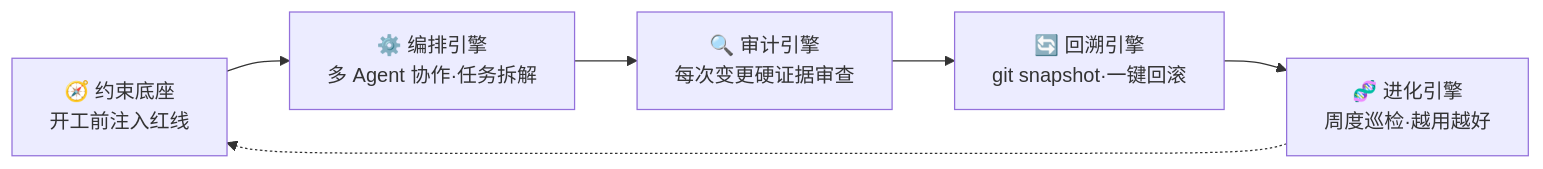
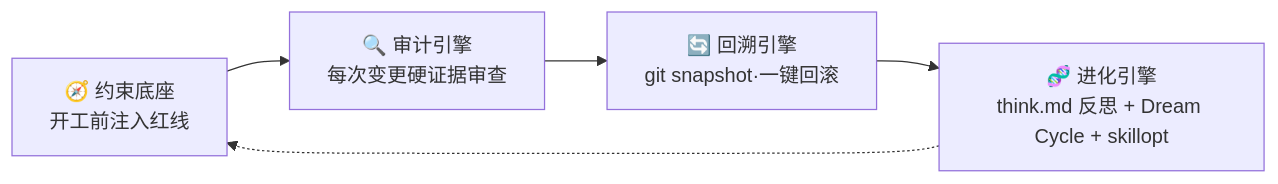
The diagram in README.md (KongFangXun/sofagent), drawn with Mermaid before and after one commit. The commit also changed other lines of this file and 28 other files, not shown here.

````diff
--- a/README.md
+++ b/README.md
@@ -313,8 +319,7 @@
 ```mermaid
 flowchart LR
-    CB[🧭 约束底座<br/>开工前注入红线] --> OR[⚙️ 编排引擎<br/>多 Agent 协作·任务拆解]
-    OR --> AU[🔍 审计引擎<br/>每次变更硬证据审查]
+    CB[🧭 约束底座<br/>开工前注入红线] --> AU[🔍 审计引擎<br/>每次变更硬证据审查]
     AU --> RE[🔄 回溯引擎<br/>git snapshot·一键回滚]
-    RE --> EV[🧬 进化引擎<br/>周度巡检·越用越好]
+    RE --> EV[🧬 进化引擎<br/>think.md 反思 + Dream Cycle + skillopt]
     EV -.-> CB
 ```
````
